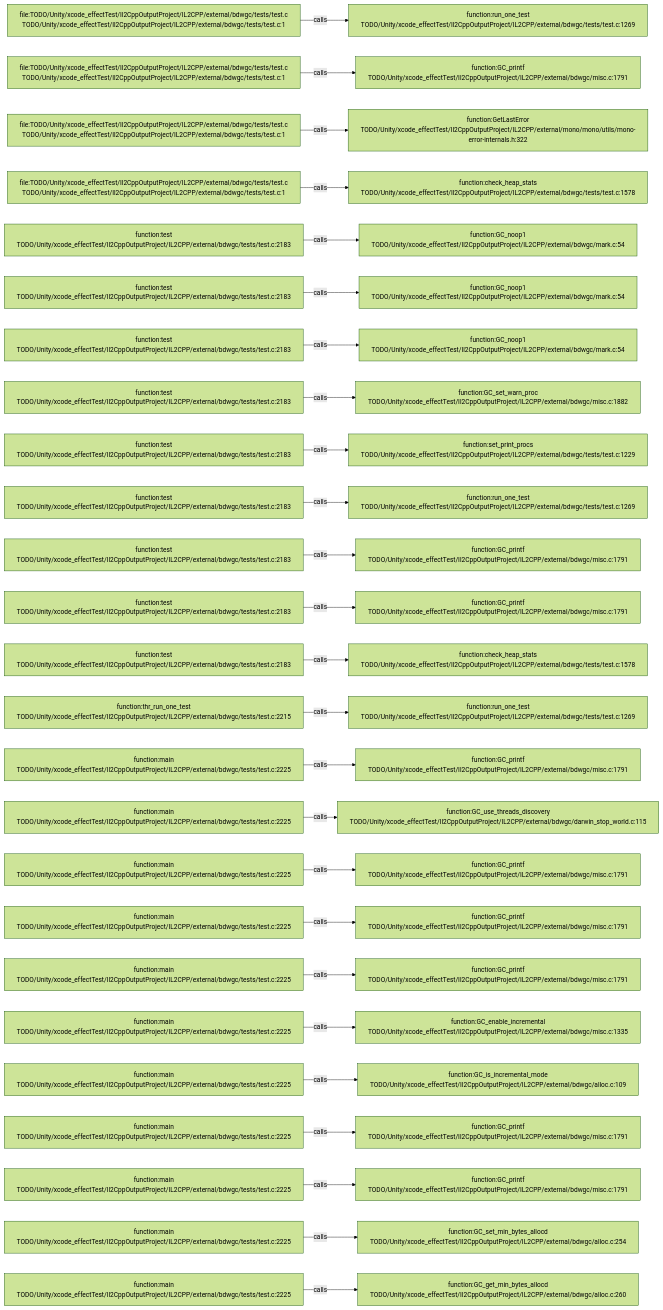
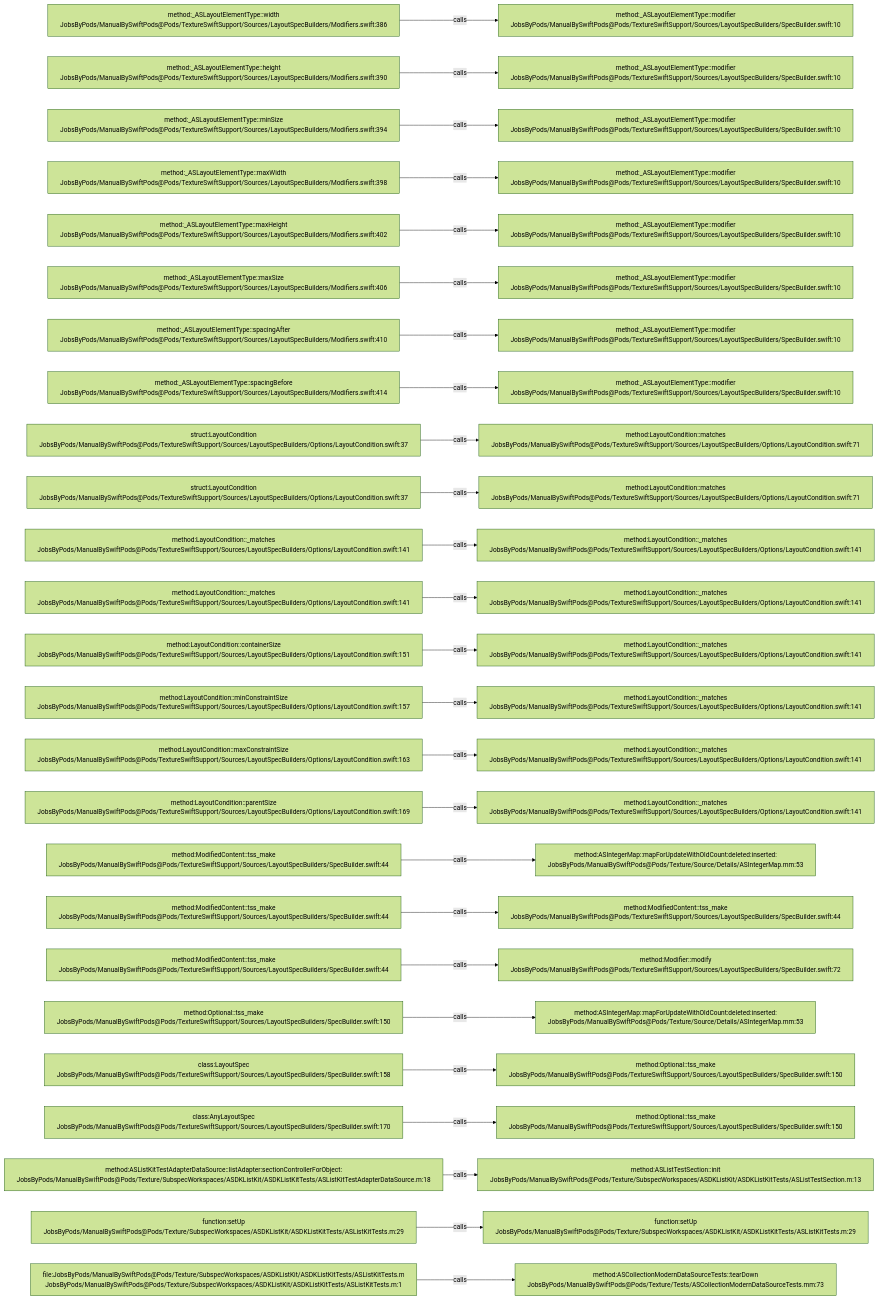
Before and after one commit to JobsKits/JobsSwiftBaseConfigDemo: the diagram in .codegraph/codegraph.md/graphs/calls-178.md, drawn with Mermaid (forest theme). The commit also changed 2959 other files, not shown here.

````diff
--- a/.codegraph/codegraph.md/graphs/calls-178.md
+++ b/.codegraph/codegraph.md/graphs/calls-178.md
@@ -13,78 +13,78 @@
 ```mermaid
 flowchart LR
-  S1["file:TODO/Unity/xcode_effectTest/Il2CppOutputProject/IL2CPP/external/bdwgc/tests/test.c<br/>TODO/Unity/xcode_effectTest/Il2CppOutputProject/IL2CPP/external/bdwgc/tests/test.c:1"]
-  T1["function:run_one_test<br/>TODO/Unity/xcode_effectTest/Il2CppOutputProject/IL2CPP/external/bdwgc/tests/test.c:1269"]
+  S1["method:_ASLayoutElementType::width<br/>JobsByPods/ManualBySwiftPods@Pods/TextureSwiftSupport/Sources/LayoutSpecBuilders/Modifiers.swift:386"]
+  T1["method:_ASLayoutElementType::modifier<br/>JobsByPods/ManualBySwiftPods@Pods/TextureSwiftSupport/Sources/LayoutSpecBuilders/SpecBuilder.swift:10"]
   S1 -->|calls| T1
-  S2["file:TODO/Unity/xcode_effectTest/Il2CppOutputProject/IL2CPP/external/bdwgc/tests/test.c<br/>TODO/Unity/xcode_effectTest/Il2CppOutputProject/IL2CPP/external/bdwgc/tests/test.c:1"]
-  T2["function:GC_printf<br/>TODO/Unity/xcode_effectTest/Il2CppOutputProject/IL2CPP/external/bdwgc/misc.c:1791"]
+  S2["method:_ASLayoutElementType::height<br/>JobsByPods/ManualBySwiftPods@Pods/TextureSwiftSupport/Sources/LayoutSpecBuilders/Modifiers.swift:390"]
+  T2["method:_ASLayoutElementType::modifier<br/>JobsByPods/ManualBySwiftPods@Pods/TextureSwiftSupport/Sources/LayoutSpecBuilders/SpecBuilder.swift:10"]
   S2 -->|calls| T2
-  S3["file:TODO/Unity/xcode_effectTest/Il2CppOutputProject/IL2CPP/external/bdwgc/tests/test.c<br/>TODO/Unity/xcode_effectTest/Il2CppOutputProject/IL2CPP/external/bdwgc/tests/test.c:1"]
-  T3["function:GetLastError<br/>TODO/Unity/xcode_effectTest/Il2CppOutputProject/IL2CPP/external/mono/mono/utils/mono-error-internals.h:322"]
+  S3["method:_ASLayoutElementType::minSize<br/>JobsByPods/ManualBySwiftPods@Pods/TextureSwiftSupport/Sources/LayoutSpecBuilders/Modifiers.swift:394"]
+  T3["method:_ASLayoutElementType::modifier<br/>JobsByPods/ManualBySwiftPods@Pods/TextureSwiftSupport/Sources/LayoutSpecBuilders/SpecBuilder.swift:10"]
   S3 -->|calls| T3
-  S4["file:TODO/Unity/xcode_effectTest/Il2CppOutputProject/IL2CPP/external/bdwgc/tests/test.c<br/>TODO/Unity/xcode_effectTest/Il2CppOutputProject/IL2CPP/external/bdwgc/tests/test.c:1"]
-  T4["function:check_heap_stats<br/>TODO/Unity/xcode_effectTest/Il2CppOutputProject/IL2CPP/external/bdwgc/tests/test.c:1578"]
+  S4["method:_ASLayoutElementType::maxWidth<br/>JobsByPods/ManualBySwiftPods@Pods/TextureSwiftSupport/Sources/LayoutSpecBuilders/Modifiers.swift:398"]
+  T4["method:_ASLayoutElementType::modifier<br/>JobsByPods/ManualBySwiftPods@Pods/TextureSwiftSupport/Sources/LayoutSpecBuilders/SpecBuilder.swift:10"]
   S4 -->|calls| T4
-  S5["function:test<br/>TODO/Unity/xcode_effectTest/Il2CppOutputProject/IL2CPP/external/bdwgc/tests/test.c:2183"]
-  T5["function:GC_noop1<br/>TODO/Unity/xcode_effectTest/Il2CppOutputProject/IL2CPP/external/bdwgc/mark.c:54"]
+  S5["method:_ASLayoutElementType::maxHeight<br/>JobsByPods/ManualBySwiftPods@Pods/TextureSwiftSupport/Sources/LayoutSpecBuilders/Modifiers.swift:402"]
+  T5["method:_ASLayoutElementType::modifier<br/>JobsByPods/ManualBySwiftPods@Pods/TextureSwiftSupport/Sources/LayoutSpecBuilders/SpecBuilder.swift:10"]
   S5 -->|calls| T5
-  S6["function:test<br/>TODO/Unity/xcode_effectTest/Il2CppOutputProject/IL2CPP/external/bdwgc/tests/test.c:2183"]
-  T6["function:GC_noop1<br/>TODO/Unity/xcode_effectTest/Il2CppOutputProject/IL2CPP/external/bdwgc/mark.c:54"]
+  S6["method:_ASLayoutElementType::maxSize<br/>JobsByPods/ManualBySwiftPods@Pods/TextureSwiftSupport/Sources/LayoutSpecBuilders/Modifiers.swift:406"]
+  T6["method:_ASLayoutElementType::modifier<br/>JobsByPods/ManualBySwiftPods@Pods/TextureSwiftSupport/Sources/LayoutSpecBuilders/SpecBuilder.swift:10"]
   S6 -->|calls| T6
-  S7["function:test<br/>TODO/Unity/xcode_effectTest/Il2CppOutputProject/IL2CPP/external/bdwgc/tests/test.c:2183"]
-  T7["function:GC_noop1<br/>TODO/Unity/xcode_effectTest/Il2CppOutputProject/IL2CPP/external/bdwgc/mark.c:54"]
+  S7["method:_ASLayoutElementType::spacingAfter<br/>JobsByPods/ManualBySwiftPods@Pods/TextureSwiftSupport/Sources/LayoutSpecBuilders/Modifiers.swift:410"]
+  T7["method:_ASLayoutElementType::modifier<br/>JobsByPods/ManualBySwiftPods@Pods/TextureSwiftSupport/Sources/LayoutSpecBuilders/SpecBuilder.swift:10"]
   S7 -->|calls| T7
-  S8["function:test<br/>TODO/Unity/xcode_effectTest/Il2CppOutputProject/IL2CPP/external/bdwgc/tests/test.c:2183"]
-  T8["function:GC_set_warn_proc<br/>TODO/Unity/xcode_effectTest/Il2CppOutputProject/IL2CPP/external/bdwgc/misc.c:1882"]
+  S8["method:_ASLayoutElementType::spacingBefore<br/>JobsByPods/ManualBySwiftPods@Pods/TextureSwiftSupport/Sources/LayoutSpecBuilders/Modifiers.swift:414"]
+  T8["method:_ASLayoutElementType::modifier<br/>JobsByPods/ManualBySwiftPods@Pods/TextureSwiftSupport/Sources/LayoutSpecBuilders/SpecBuilder.swift:10"]
   S8 -->|calls| T8
-  S9["function:test<br/>TODO/Unity/xcode_effectTest/Il2CppOutputProject/IL2CPP/external/bdwgc/tests/test.c:2183"]
-  T9["function:set_print_procs<br/>TODO/Unity/xcode_effectTest/Il2CppOutputProject/IL2CPP/external/bdwgc/tests/test.c:1229"]
+  S9["struct:LayoutCondition<br/>JobsByPods/ManualBySwiftPods@Pods/TextureSwiftSupport/Sources/LayoutSpecBuilders/Options/LayoutCondition.swift:37"]
+  T9["method:LayoutCondition::matches<br/>JobsByPods/ManualBySwiftPods@Pods/TextureSwiftSupport/Sources/LayoutSpecBuilders/Options/LayoutCondition.swift:71"]
   S9 -->|calls| T9
-  S10["function:test<br/>TODO/Unity/xcode_effectTest/Il2CppOutputProject/IL2CPP/external/bdwgc/tests/test.c:2183"]
-  T10["function:run_one_test<br/>TODO/Unity/xcode_effectTest/Il2CppOutputProject/IL2CPP/external/bdwgc/tests/test.c:1269"]
+  S10["struct:LayoutCondition<br/>JobsByPods/ManualBySwiftPods@Pods/TextureSwiftSupport/Sources/LayoutSpecBuilders/Options/LayoutCondition.swift:37"]
+  T10["method:LayoutCondition::matches<br/>JobsByPods/ManualBySwiftPods@Pods/TextureSwiftSupport/Sources/LayoutSpecBuilders/Options/LayoutCondition.swift:71"]
   S10 -->|calls| T10
-  S11["function:test<br/>TODO/Unity/xcode_effectTest/Il2CppOutputProject/IL2CPP/external/bdwgc/tests/test.c:2183"]
-  T11["function:GC_printf<br/>TODO/Unity/xcode_effectTest/Il2CppOutputProject/IL2CPP/external/bdwgc/misc.c:1791"]
+  S11["method:LayoutCondition::_matches<br/>JobsByPods/ManualBySwiftPods@Pods/TextureSwiftSupport/Sources/LayoutSpecBuilders/Options/LayoutCondition.swift:141"]
+  T11["method:LayoutCondition::_matches<br/>JobsByPods/ManualBySwiftPods@Pods/TextureSwiftSupport/Sources/LayoutSpecBuilders/Options/LayoutCondition.swift:141"]
   S11 -->|calls| T11
-  S12["function:test<br/>TODO/Unity/xcode_effectTest/Il2CppOutputProject/IL2CPP/external/bdwgc/tests/test.c:2183"]
-  T12["function:GC_printf<br/>TODO/Unity/xcode_effectTest/Il2CppOutputProject/IL2CPP/external/bdwgc/misc.c:1791"]
+  S12["method:LayoutCondition::_matches<br/>JobsByPods/ManualBySwiftPods@Pods/TextureSwiftSupport/Sources/LayoutSpecBuilders/Options/LayoutCondition.swift:141"]
+  T12["method:LayoutCondition::_matches<br/>JobsByPods/ManualBySwiftPods@Pods/TextureSwiftSupport/Sources/LayoutSpecBuilders/Options/LayoutCondition.swift:141"]
   S12 -->|calls| T12
-  S13["function:test<br/>TODO/Unity/xcode_effectTest/Il2CppOutputProject/IL2CPP/external/bdwgc/tests/test.c:2183"]
-  T13["function:check_heap_stats<br/>TODO/Unity/xcode_effectTest/Il2CppOutputProject/IL2CPP/external/bdwgc/tests/test.c:1578"]
+  S13["method:LayoutCondition::containerSize<br/>JobsByPods/ManualBySwiftPods@Pods/TextureSwiftSupport/Sources/LayoutSpecBuilders/Options/LayoutCondition.swift:151"]
+  T13["method:LayoutCondition::_matches<br/>JobsByPods/ManualBySwiftPods@Pods/TextureSwiftSupport/Sources/LayoutSpecBuilders/Options/LayoutCondition.swift:141"]
   S13 -->|calls| T13
-  S14["function:thr_run_one_test<br/>TODO/Unity/xcode_effectTest/Il2CppOutputProject/IL2CPP/external/bdwgc/tests/test.c:2215"]
-  T14["function:run_one_test<br/>TODO/Unity/xcode_effectTest/Il2CppOutputProject/IL2CPP/external/bdwgc/tests/test.c:1269"]
+  S14["method:LayoutCondition::minConstraintSize<br/>JobsByPods/ManualBySwiftPods@Pods/TextureSwiftSupport/Sources/LayoutSpecBuilders/Options/LayoutCondition.swift:157"]
+  T14["method:LayoutCondition::_matches<br/>JobsByPods/ManualBySwiftPods@Pods/TextureSwiftSupport/Sources/LayoutSpecBuilders/Options/LayoutCondition.swift:141"]
   S14 -->|calls| T14
-  S15["function:main<br/>TODO/Unity/xcode_effectTest/Il2CppOutputProject/IL2CPP/external/bdwgc/tests/test.c:2225"]
-  T15["function:GC_printf<br/>TODO/Unity/xcode_effectTest/Il2CppOutputProject/IL2CPP/external/bdwgc/misc.c:1791"]
+  S15["method:LayoutCondition::maxConstraintSize<br/>JobsByPods/ManualBySwiftPods@Pods/TextureSwiftSupport/Sources/LayoutSpecBuilders/Options/LayoutCondition.swift:163"]
+  T15["method:LayoutCondition::_matches<br/>JobsByPods/ManualBySwiftPods@Pods/TextureSwiftSupport/Sources/LayoutSpecBuilders/Options/LayoutCondition.swift:141"]
   S15 -->|calls| T15
-  S16["function:main<br/>TODO/Unity/xcode_effectTest/Il2CppOutputProject/IL2CPP/external/bdwgc/tests/test.c:2225"]
-  T16["function:GC_use_threads_discovery<br/>TODO/Unity/xcode_effectTest/Il2CppOutputProject/IL2CPP/external/bdwgc/darwin_stop_world.c:115"]
+  S16["method:LayoutCondition::parentSize<br/>JobsByPods/ManualBySwiftPods@Pods/TextureSwiftSupport/Sources/LayoutSpecBuilders/Options/LayoutCondition.swift:169"]
+  T16["method:LayoutCondition::_matches<br/>JobsByPods/ManualBySwiftPods@Pods/TextureSwiftSupport/Sources/LayoutSpecBuilders/Options/LayoutCondition.swift:141"]
   S16 -->|calls| T16
-  S17["function:main<br/>TODO/Unity/xcode_effectTest/Il2CppOutputProject/IL2CPP/external/bdwgc/tests/test.c:2225"]
-  T17["function:GC_printf<br/>TODO/Unity/xcode_effectTest/Il2CppOutputProject/IL2CPP/external/bdwgc/misc.c:1791"]
+  S17["method:ModifiedContent::tss_make<br/>JobsByPods/ManualBySwiftPods@Pods/TextureSwiftSupport/Sources/LayoutSpecBuilders/SpecBuilder.swift:44"]
+  T17["method:ASIntegerMap::mapForUpdateWithOldCount:deleted:inserted:<br/>JobsByPods/ManualBySwiftPods@Pods/Texture/Source/Details/ASIntegerMap.mm:53"]
   S17 -->|calls| T17
-  S18["function:main<br/>TODO/Unity/xcode_effectTest/Il2CppOutputProject/IL2CPP/external/bdwgc/tests/test.c:2225"]
-  T18["function:GC_printf<br/>TODO/Unity/xcode_effectTest/Il2CppOutputProject/IL2CPP/external/bdwgc/misc.c:1791"]
+  S18["method:ModifiedContent::tss_make<br/>JobsByPods/ManualBySwiftPods@Pods/TextureSwiftSupport/Sources/LayoutSpecBuilders/SpecBuilder.swift:44"]
+  T18["method:ModifiedContent::tss_make<br/>JobsByPods/ManualBySwiftPods@Pods/TextureSwiftSupport/Sources/LayoutSpecBuilders/SpecBuilder.swift:44"]
   S18 -->|calls| T18
-  S19["function:main<br/>TODO/Unity/xcode_effectTest/Il2CppOutputProject/IL2CPP/external/bdwgc/tests/test.c:2225"]
-  T19["function:GC_printf<br/>TODO/Unity/xcode_effectTest/Il2CppOutputProject/IL2CPP/external/bdwgc/misc.c:1791"]
+  S19["method:ModifiedContent::tss_make<br/>JobsByPods/ManualBySwiftPods@Pods/TextureSwiftSupport/Sources/LayoutSpecBuilders/SpecBuilder.swift:44"]
+  T19["method:Modifier::modify<br/>JobsByPods/ManualBySwiftPods@Pods/TextureSwiftSupport/Sources/LayoutSpecBuilders/SpecBuilder.swift:72"]
   S19 -->|calls| T19
-  S20["function:main<br/>TODO/Unity/xcode_effectTest/Il2CppOutputProject/IL2CPP/external/bdwgc/tests/test.c:2225"]
-  T20["function:GC_enable_incremental<br/>TODO/Unity/xcode_effectTest/Il2CppOutputProject/IL2CPP/external/bdwgc/misc.c:1335"]
+  S20["method:Optional::tss_make<br/>JobsByPods/ManualBySwiftPods@Pods/TextureSwiftSupport/Sources/LayoutSpecBuilders/SpecBuilder.swift:150"]
+  T20["method:ASIntegerMap::mapForUpdateWithOldCount:deleted:inserted:<br/>JobsByPods/ManualBySwiftPods@Pods/Texture/Source/Details/ASIntegerMap.mm:53"]
   S20 -->|calls| T20
-  S21["function:main<br/>TODO/Unity/xcode_effectTest/Il2CppOutputProject/IL2CPP/external/bdwgc/tests/test.c:2225"]
-  T21["function:GC_is_incremental_mode<br/>TODO/Unity/xcode_effectTest/Il2CppOutputProject/IL2CPP/external/bdwgc/alloc.c:109"]
+  S21["class:LayoutSpec<br/>JobsByPods/ManualBySwiftPods@Pods/TextureSwiftSupport/Sources/LayoutSpecBuilders/SpecBuilder.swift:158"]
+  T21["method:Optional::tss_make<br/>JobsByPods/ManualBySwiftPods@Pods/TextureSwiftSupport/Sources/LayoutSpecBuilders/SpecBuilder.swift:150"]
   S21 -->|calls| T21
-  S22["function:main<br/>TODO/Unity/xcode_effectTest/Il2CppOutputProject/IL2CPP/external/bdwgc/tests/test.c:2225"]
-  T22["function:GC_printf<br/>TODO/Unity/xcode_effectTest/Il2CppOutputProject/IL2CPP/external/bdwgc/misc.c:1791"]
+  S22["class:AnyLayoutSpec<br/>JobsByPods/ManualBySwiftPods@Pods/TextureSwiftSupport/Sources/LayoutSpecBuilders/SpecBuilder.swift:170"]
+  T22["method:Optional::tss_make<br/>JobsByPods/ManualBySwiftPods@Pods/TextureSwiftSupport/Sources/LayoutSpecBuilders/SpecBuilder.swift:150"]
   S22 -->|calls| T22
-  S23["function:main<br/>TODO/Unity/xcode_effectTest/Il2CppOutputProject/IL2CPP/external/bdwgc/tests/test.c:2225"]
-  T23["function:GC_printf<br/>TODO/Unity/xcode_effectTest/Il2CppOutputProject/IL2CPP/external/bdwgc/misc.c:1791"]
+  S23["method:ASListKitTestAdapterDataSource::listAdapter:sectionControllerForObject:<br/>JobsByPods/ManualBySwiftPods@Pods/Texture/SubspecWorkspaces/ASDKListKit/ASDKListKitTests/ASListKitTestAdapterDataSource.m:18"]
+  T23["method:ASListTestSection::init<br/>JobsByPods/ManualBySwiftPods@Pods/Texture/SubspecWorkspaces/ASDKListKit/ASDKListKitTests/ASListTestSection.m:13"]
   S23 -->|calls| T23
-  S24["function:main<br/>TODO/Unity/xcode_effectTest/Il2CppOutputProject/IL2CPP/external/bdwgc/tests/test.c:2225"]
-  T24["function:GC_set_min_bytes_allocd<br/>TODO/Unity/xcode_effectTest/Il2CppOutputProject/IL2CPP/external/bdwgc/alloc.c:254"]
+  S24["function:setUp<br/>JobsByPods/ManualBySwiftPods@Pods/Texture/SubspecWorkspaces/ASDKListKit/ASDKListKitTests/ASListKitTests.m:29"]
+  T24["function:setUp<br/>JobsByPods/ManualBySwiftPods@Pods/Texture/SubspecWorkspaces/ASDKListKit/ASDKListKitTests/ASListKitTests.m:29"]
   S24 -->|calls| T24
-  S25["function:main<br/>TODO/Unity/xcode_effectTest/Il2CppOutputProject/IL2CPP/external/bdwgc/tests/test.c:2225"]
-  T25["function:GC_get_min_bytes_allocd<br/>TODO/Unity/xcode_effectTest/Il2CppOutputProject/IL2CPP/external/bdwgc/alloc.c:260"]
+  S25["file:JobsByPods/ManualBySwiftPods@Pods/Texture/SubspecWorkspaces/ASDKListKit/ASDKListKitTests/ASListKitTests.m<br/>JobsByPods/ManualBySwiftPods@Pods/Texture/SubspecWorkspaces/ASDKListKit/ASDKListKitTests/ASListKitTests.m:1"]
+  T25["method:ASCollectionModernDataSourceTests::tearDown<br/>JobsByPods/ManualBySwiftPods@Pods/Texture/Tests/ASCollectionModernDataSourceTests.mm:73"]
   S25 -->|calls| T25
 ```
````
